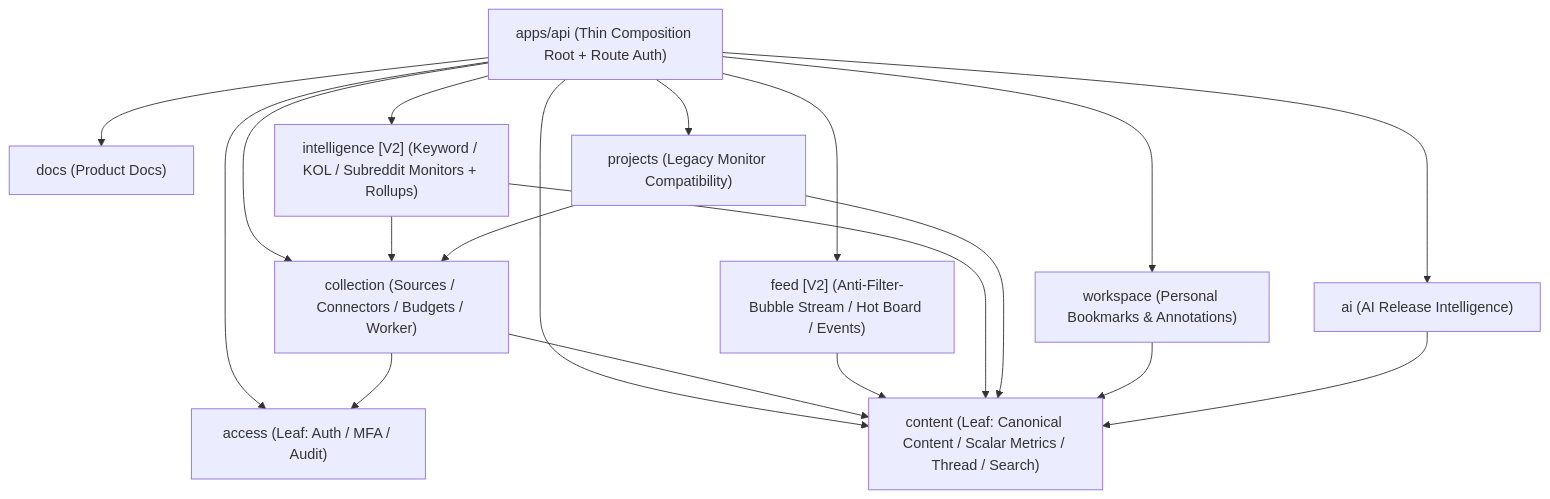
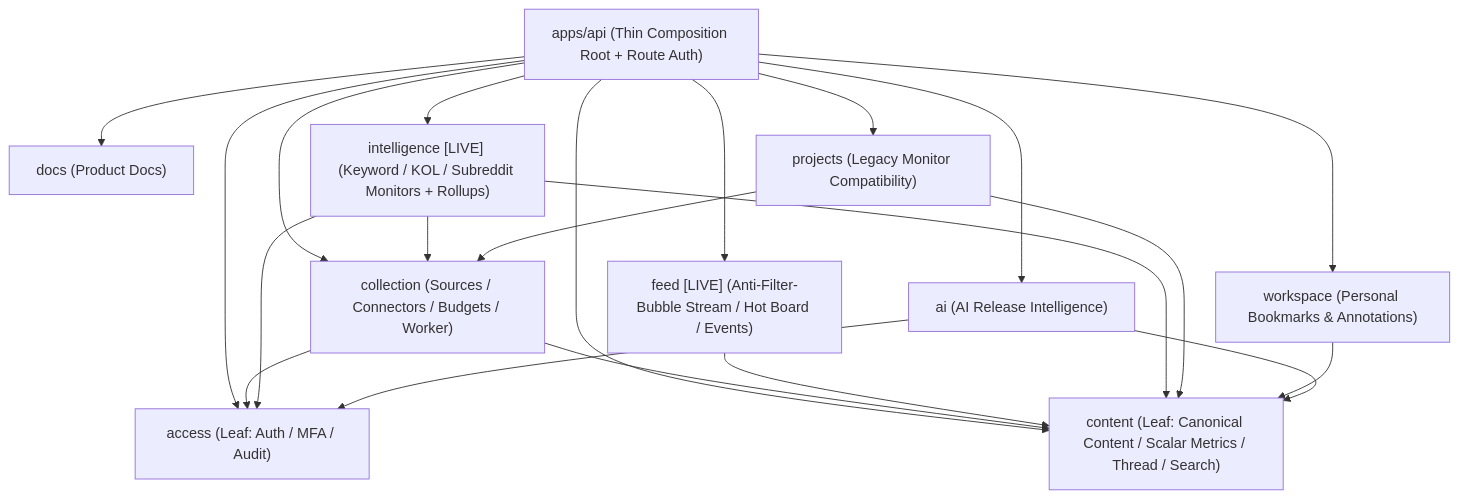
One commit to Euroish/reddit-monitoring-mvp changed the diagram in docs/architecture.md. Above: the diagram before and after it, drawn with Mermaid. The commit also changed other lines of this file and 50 other files, not shown here.

````diff
--- a/docs/architecture.md
+++ b/docs/architecture.md
@@ -35,22 +35,24 @@
 ```mermaid
 flowchart TD
   APP["apps/api (Thin Composition Root + Route Auth)"] --> ACCESS["access (Leaf: Auth / MFA / Audit)"]
   APP --> DOCS["docs (Product Docs)"]
   APP --> CONTENT["content (Leaf: Canonical Content / Scalar Metrics / Thread / Search)"]
   APP --> COLLECTION["collection (Sources / Connectors / Budgets / Worker)"]
-  APP --> FEED["feed [V2] (Anti-Filter-Bubble Stream / Hot Board / Events)"]
-  APP --> INTEL["intelligence [V2] (Keyword / KOL / Subreddit Monitors + Rollups)"]
+  APP --> FEED["feed [LIVE] (Anti-Filter-Bubble Stream / Hot Board / Events)"]
+  APP --> INTEL["intelligence [LIVE] (Keyword / KOL / Subreddit Monitors + Rollups)"]
   APP --> PROJECTS["projects (Legacy Monitor Compatibility)"]
   APP --> WORKSPACE["workspace (Personal Bookmarks & Annotations)"]
   APP --> AI["ai (AI Release Intelligence)"]
 
   COLLECTION --> ACCESS
   COLLECTION --> CONTENT
   FEED --> CONTENT
   INTEL --> CONTENT
   INTEL --> COLLECTION
+  INTEL --> ACCESS
   PROJECTS --> CONTENT
   PROJECTS --> COLLECTION
   WORKSPACE --> CONTENT
+  AI --> ACCESS
   AI --> CONTENT
 ```
````
